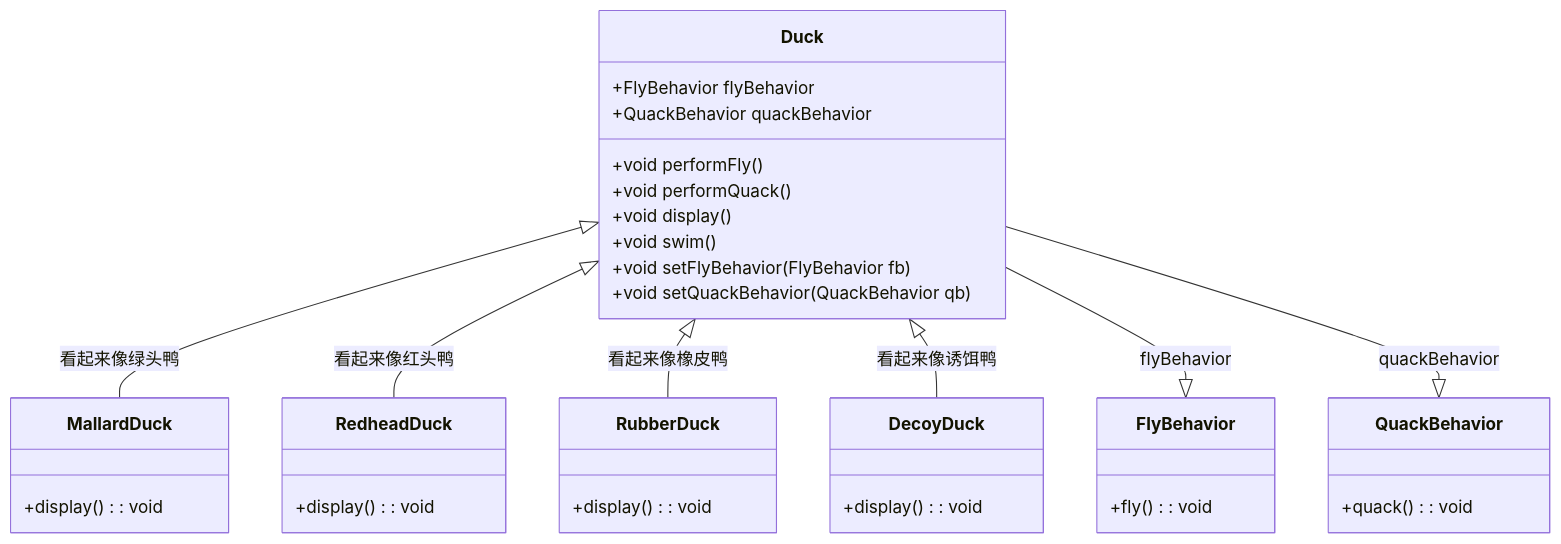
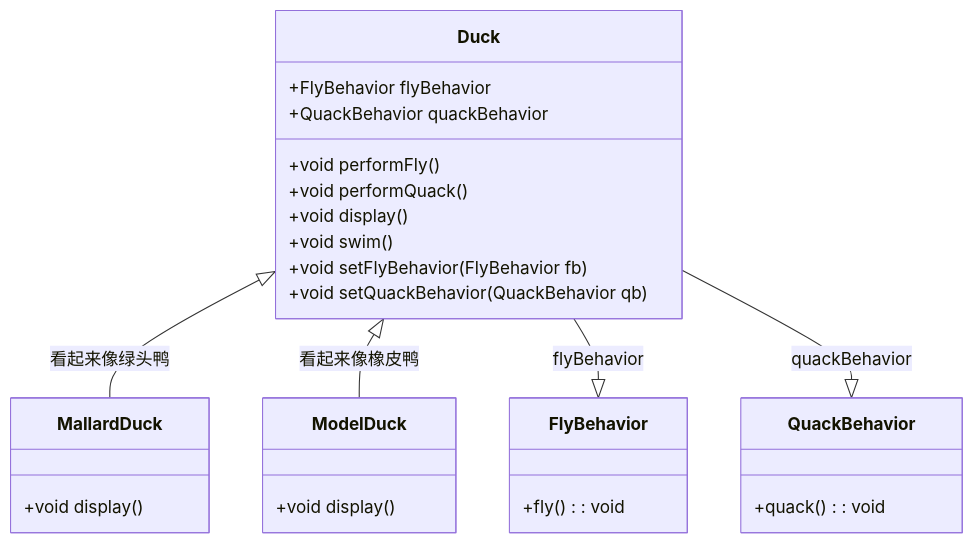
The diagram in 计算机/设计模式/2-3 行为型模式.md (poppop9/obsidian), drawn with Mermaid before and after one commit. The commit also changed 2 other files, not shown here.

Commit message:
vault backup: 2024-06-01 22:02:34

````diff
--- a/计算机/设计模式/2-3 行为型模式.md
+++ b/计算机/设计模式/2-3 行为型模式.md
@@ -20,40 +20,33 @@
 ```mermaid
 classDiagram
     class Duck {
       +FlyBehavior flyBehavior
       +QuackBehavior quackBehavior
       +void performFly()
       +void performQuack()
       +void display()
       +void swim()
       +void setFlyBehavior(FlyBehavior fb)
       +void setQuackBehavior(QuackBehavior qb)
     }
     
     class MallardDuck {
-        +display() : void
+        +void display()
     }
-    class RedheadDuck {
-        +display() : void
+    class ModelDuck {
+        +void display()
     }
-    class RubberDuck {
-        +display() : void
-    }
-    class DecoyDuck {
-        +display() : void
-    }
+
     class FlyBehavior {
         +fly() : void
     }
     class QuackBehavior {
         +quack() : void
     }
     
     Duck <|-- MallardDuck : 看起来像绿头鸭
-    Duck <|-- RedheadDuck : 看起来像红头鸭
-    Duck <|-- RubberDuck : 看起来像橡皮鸭
-    Duck <|-- DecoyDuck : 看起来像诱饵鸭
+    Duck <|-- ModelDuck : 看起来像橡皮鸭
     
     Duck --|> FlyBehavior : flyBehavior
     Duck --|> QuackBehavior : quackBehavior
 ```
````
